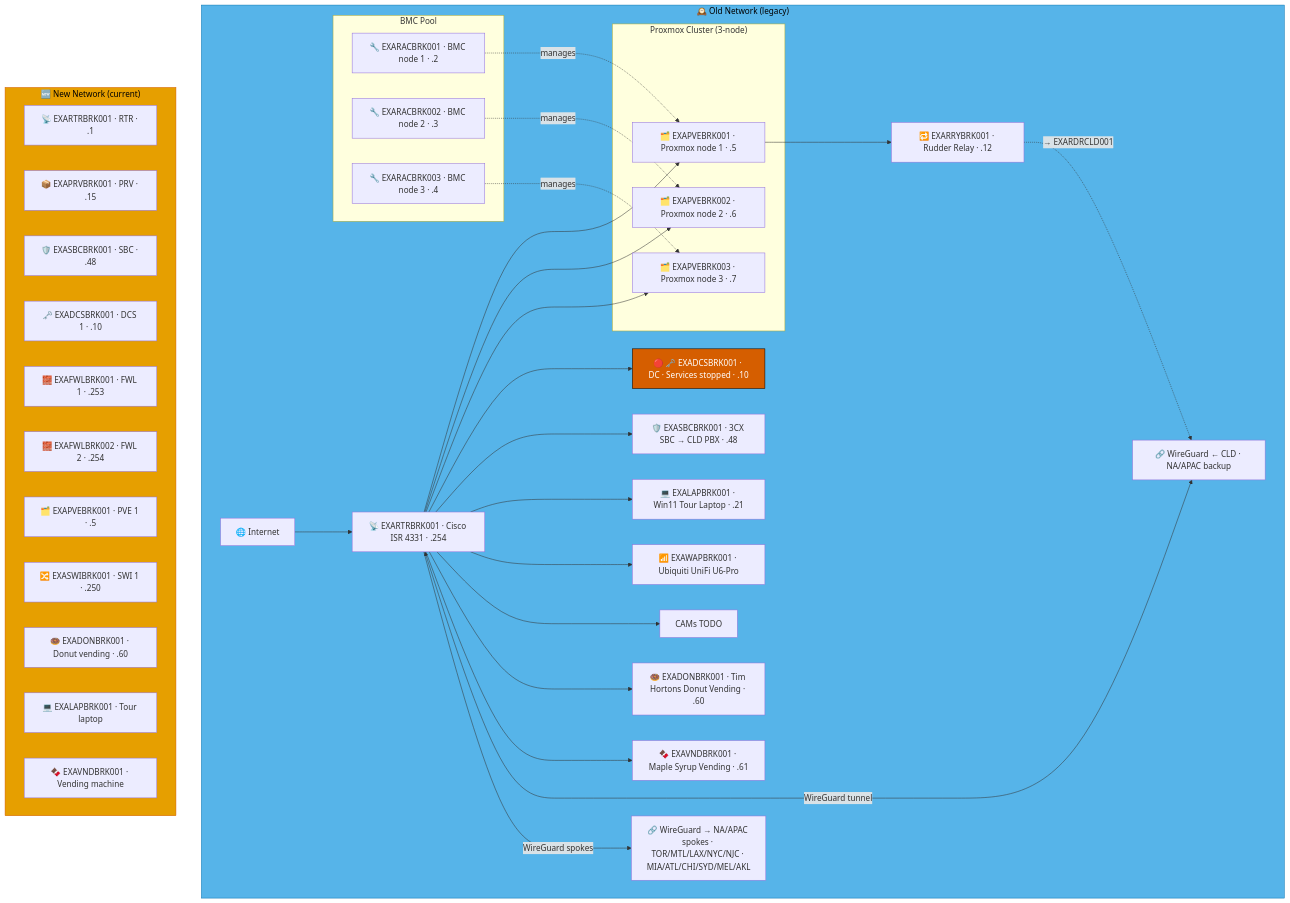
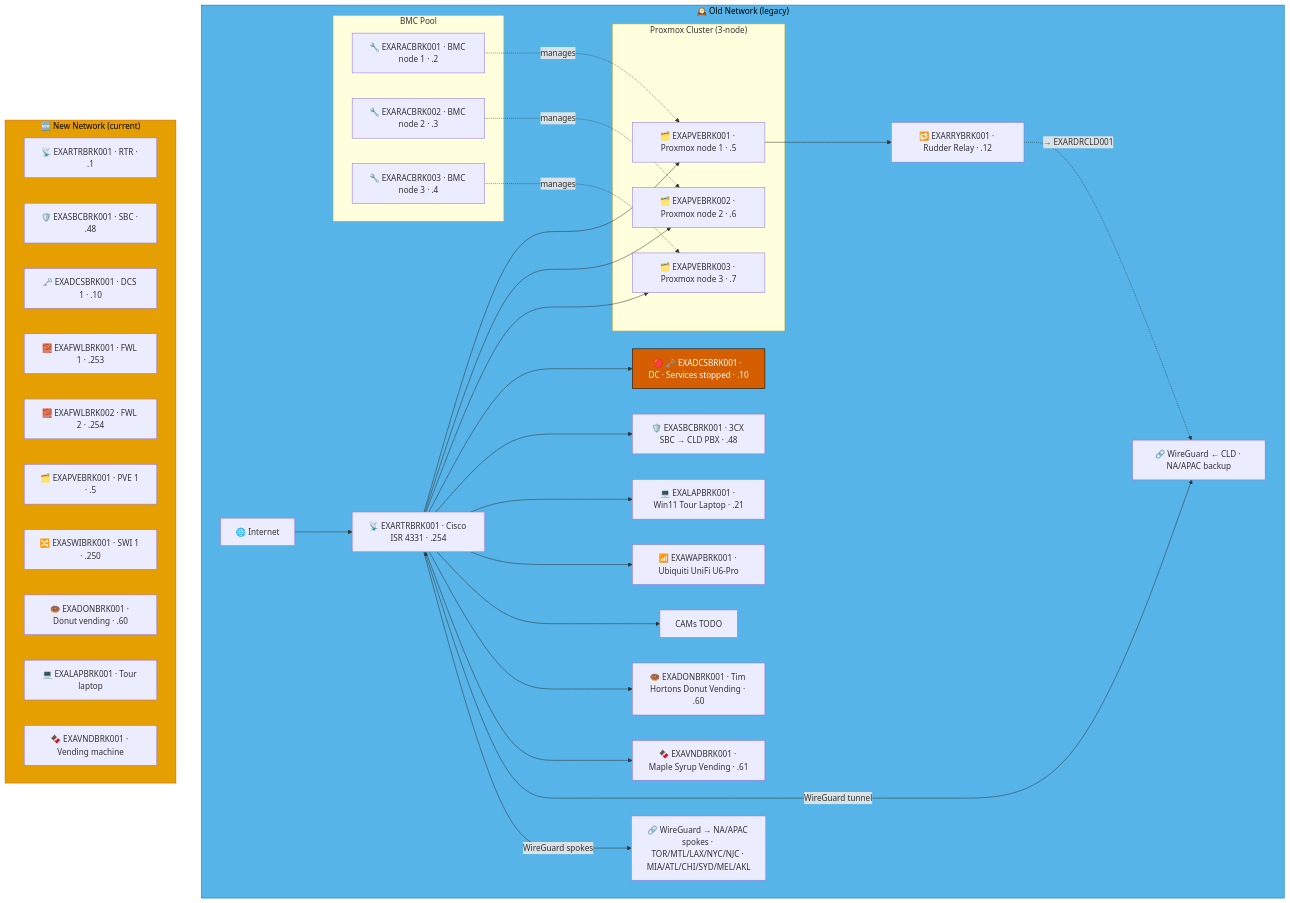
The first of 3 diagrams in docs/network-diagram/canada.md (knightmare2600/example_music_infra), drawn with Mermaid before and after one commit. The commit also changed other lines of this file and 55 other files, not shown here.

````diff
--- a/docs/network-diagram/canada.md
+++ b/docs/network-diagram/canada.md
@@ -17,62 +17,61 @@
 ```mermaid
 graph TD
     subgraph OLD_BRK ["🕰️ Old Network (legacy)"]
       INET["🌐 Internet"]
       RTR["📡 EXARTRBRK001 · Cisco ISR 4331 · .254"]
 
       subgraph BMC ["BMC Pool"]
           RAC1["🔧 EXARACBRK001 · BMC node 1 · .2"]
           RAC2["🔧 EXARACBRK002 · BMC node 2 · .3"]
           RAC3["🔧 EXARACBRK003 · BMC node 3 · .4"]
       end
 
       subgraph PVE ["Proxmox Cluster (3-node)"]
           PVE1["🗂️ EXAPVEBRK001 · Proxmox node 1 · .5"]
           PVE2["🗂️ EXAPVEBRK002 · Proxmox node 2 · .6"]
           PVE3["🗂️ EXAPVEBRK003 · Proxmox node 3 · .7"]
       end
 
       DC["🔴 🗝️ EXADCSBRK001 · DC · Services stopped · .10"]
       SBC["🛡️ EXASBCBRK001 · 3CX SBC → CLD PBX · .48"]
       RRY["🔁 EXARRYBRK001 · Rudder Relay · .12"]
       LAP["💻 EXALAPBRK001 · Win11 Tour Laptop · .21"]
       WAP["📶 EXAWAPBRK001 · Ubiquiti UniFi U6-Pro"]
       CAM["CAMs TODO"]
       VND1["🍩 EXADONBRK001 · Tim Hortons Donut Vending · .60"]
       VND2["🍫 EXAVNDBRK001 · Maple Syrup Vending · .61"]
       VPN_CLD["🔗 WireGuard ← CLD · NA/APAC backup"]
       VPN_NA["🔗 WireGuard → NA/APAC spokes · TOR/MTL/LAX/NYC/NJC · MIA/ATL/CHI/SYD/MEL/AKL"]
 
       INET --> RTR
       RTR --> PVE1 & PVE2 & PVE3
       RTR --> DC & SBC
       RAC1 -.->|"manages"| PVE1
       RAC2 -.->|"manages"| PVE2
       RAC3 -.->|"manages"| PVE3
       RTR --> LAP & WAP & CAM & VND1 & VND2
       RTR <-->|"WireGuard tunnel"| VPN_CLD
       RTR -->|"WireGuard spokes"| VPN_NA
 
       PVE1 --> RRY
       RRY -. "→ EXARDRCLD001" .-> VPN_CLD
     end
     style OLD_BRK fill:#56B4E9,stroke:#0072B2,color:#000000
     %% GENERATED:NEW-NETWORK:BRK:START
     subgraph NEW_BRK ["🆕 New Network (current)"]
       N_RTR["📡 EXARTRBRK001 · RTR · .1"]
-      N_PRV["📦 EXAPRVBRK001 · PRV · .15"]
       N_SBC["🛡️ EXASBCBRK001 · SBC · .48"]
       N_DCS["🗝️ EXADCSBRK001 · DCS 1 · .10"]
       N_FWL["🧱 EXAFWLBRK001 · FWL 1 · .253"]
       N_FWL2["🧱 EXAFWLBRK002 · FWL 2 · .254"]
       N_PVE["🗂️ EXAPVEBRK001 · PVE 1 · .5"]
       N_SWI["🔀 EXASWIBRK001 · SWI 1 · .250"]
       N_DON["🍩 EXADONBRK001 · Donut vending · .60"]
       N_LAP["💻 EXALAPBRK001 · Tour laptop"]
       N_VND["🍫 EXAVNDBRK001 · Vending machine"]
     end
     style NEW_BRK fill:#E69F00,stroke:#D55E00,color:#000000
     %% GENERATED:NEW-NETWORK:BRK:END
     classDef warn fill:#D55E00,stroke:#000000,color:#ffffff
     class DC warn
 ```
````
